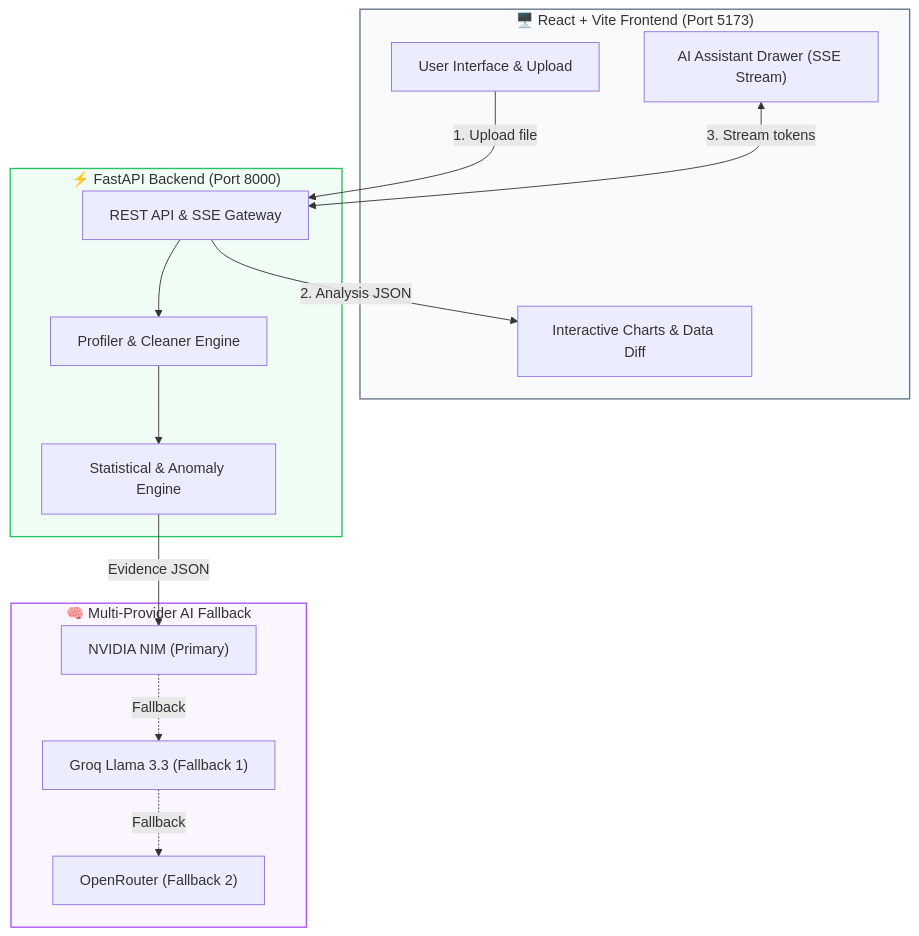
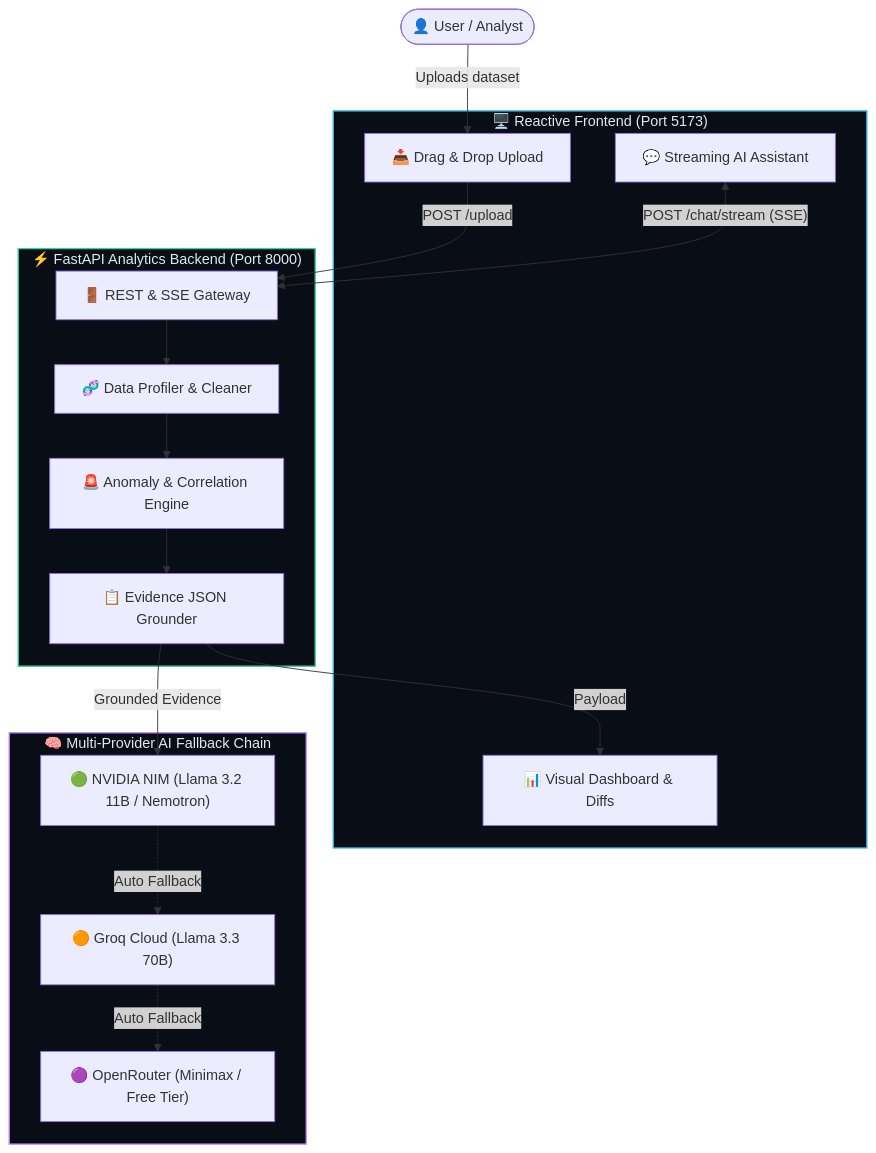
Before and after one commit to s1Siddharth/HackMee: the second of 2 diagrams in README.md, drawn with Mermaid. The commit also changed other lines of this file, not shown here.

Commit message:
docs: Upgrade README with UI-matched 6 core capabilities, rich emojis, and sleek dark-mode flowcharts

````diff
--- a/README.md
+++ b/README.md
@@ -41,32 +124,36 @@
 ```mermaid
 flowchart TD
-    subgraph Frontend ["🖥️ React + Vite Frontend (Port 5173)"]
-        UI["User Interface & Upload"]
-        Dash["Interactive Charts & Data Diff"]
-        Chat["AI Assistant Drawer (SSE Stream)"]
+    User(["👤 User / Analyst"])
+
+    subgraph UI ["🖥️ Reactive Frontend (Port 5173)"]
+        Dropzone["📥 Drag & Drop Upload"]
+        Dashboard["📊 Visual Dashboard & Diffs"]
+        ChatDrawer["💬 Streaming AI Assistant"]
     end
 
-    subgraph Backend ["⚡ FastAPI Backend (Port 8000)"]
-        API["REST API & SSE Gateway"]
-        Clean["Profiler & Cleaner Engine"]
-        Analytics["Statistical & Anomaly Engine"]
+    subgraph Core ["⚡ FastAPI Analytics Backend (Port 8000)"]
+        Router["🚪 REST & SSE Gateway"]
+        Profiler["🧬 Data Profiler & Cleaner"]
+        Math["🚨 Anomaly & Correlation Engine"]
+        EvidenceGen["📋 Evidence JSON Grounder"]
     end
 
-    subgraph AI ["🧠 Multi-Provider AI Fallback"]
-        NVIDIA["NVIDIA NIM (Primary)"]
-        Groq["Groq Llama 3.3 (Fallback 1)"]
-        OpenRouter["OpenRouter (Fallback 2)"]
+    subgraph LLMChain ["🧠 Multi-Provider AI Fallback Chain"]
+        NVIDIA["🟢 NVIDIA NIM (Llama 3.2 11B / Nemotron)"]
+        Groq["🟠 Groq Cloud (Llama 3.3 70B)"]
+        OpenRouter["🟣 OpenRouter (Minimax / Free Tier)"]
     end
 
-    UI -->|"1. Upload file"| API
-    API --> Clean --> Analytics
-    Analytics -->|"Evidence JSON"| NVIDIA
-    NVIDIA -.->|"Fallback"| Groq -.->|"Fallback"| OpenRouter
+    User -->|"Uploads dataset"| Dropzone
+    Dropzone -->|"POST /upload"| Router
+    Router --> Profiler --> Math --> EvidenceGen
+    EvidenceGen -->|"Grounded Evidence"| NVIDIA
+    NVIDIA -.->|"Auto Fallback"| Groq -.->|"Auto Fallback"| OpenRouter
     
-    API -->|"2. Analysis JSON"| Dash
-    Chat <-->|"3. Stream tokens"| API
+    EvidenceGen -->|"Payload"| Dashboard
+    ChatDrawer <-->|"POST /chat/stream (SSE)"| Router
 
-    style Frontend fill:#f8fafc,stroke:#64748b,stroke-width:1.5px
-    style Backend fill:#f0fdf4,stroke:#22c55e,stroke-width:1.5px
-    style AI fill:#faf5ff,stroke:#a855f7,stroke-width:1.5px
+    style UI fill:#090d16,stroke:#38bdf8,stroke-width:1.5px,color:#e2e8f0
+    style Core fill:#090d16,stroke:#34d399,stroke-width:1.5px,color:#e2e8f0
+    style LLMChain fill:#090d16,stroke:#c084fc,stroke-width:1.5px,color:#e2e8f0
 ```
````
